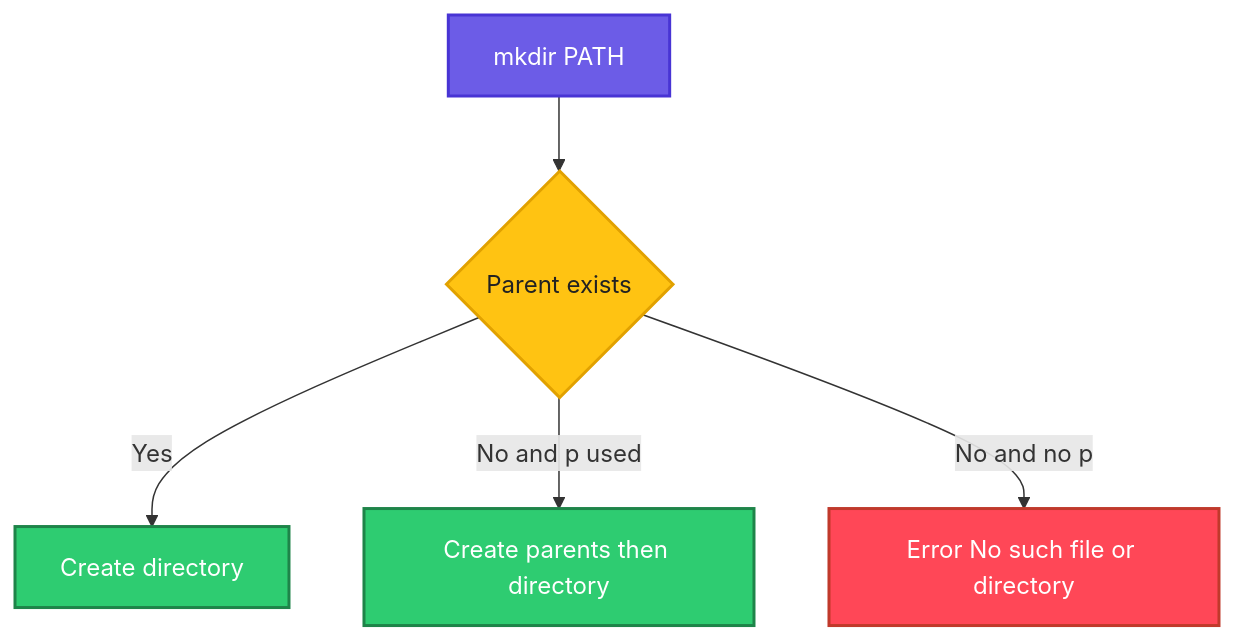
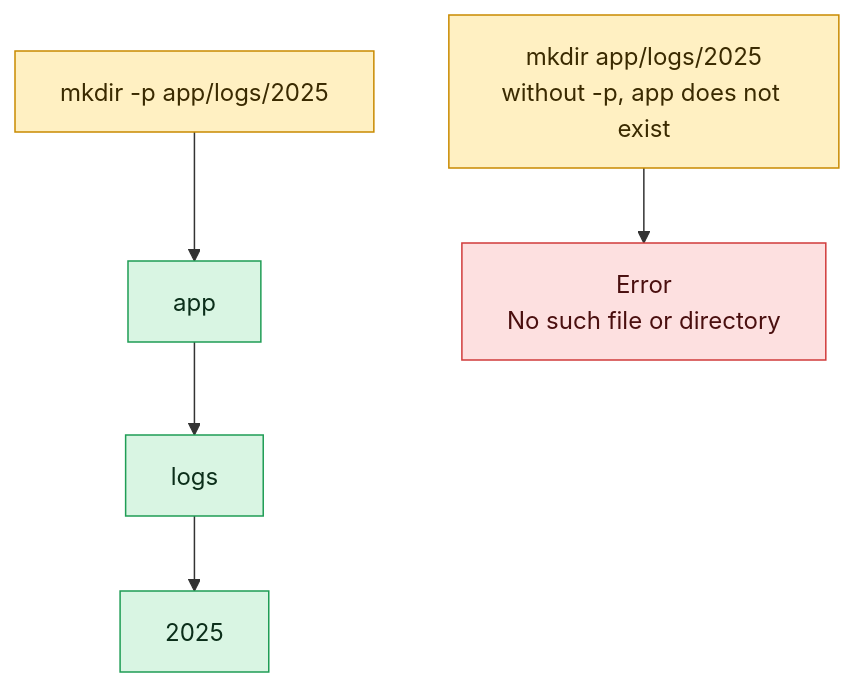
One commit to codeKerdosTech/DevOps-Documentation changed the diagram in linux/file-management/mkdir.md. Above: the diagram before and after it, drawn with Mermaid. The commit also changed other lines of this file and 165 other files, not shown here.

Commit message:
updated diagrams in linux

````diff
--- a/linux/file-management/mkdir.md
+++ b/linux/file-management/mkdir.md
@@ -14,18 +14,13 @@
 ```mermaid
 flowchart TD
-    A[mkdir PATH] --> B{Parent exists}
-    B -->|Yes| C[Create directory]
-    B -->|No and p used| D[Create parents then directory]
-    B -->|No and no p| E[Error No such file or directory]
-    classDef start fill:#6C5CE7,stroke:#4834D4,stroke-width:2px,color:#fff
-    classDef proc fill:#00B8D9,stroke:#0087A8,stroke-width:2px,color:#fff
-    classDef dec fill:#FFC312,stroke:#E1A100,stroke-width:2px,color:#222
-    classDef ok fill:#2ECC71,stroke:#1E8449,stroke-width:2px,color:#fff
-    classDef err fill:#FF4757,stroke:#C0392B,stroke-width:2px,color:#fff
-    classDef out fill:#FD79A8,stroke:#E84393,stroke-width:2px,color:#fff
-    classDef alt fill:#FF9F43,stroke:#E67E22,stroke-width:2px,color:#fff
-    class A start
-    class B dec
-    class C,D ok
-    class E err
+    c1[mkdir -p app/logs/2025] --> o1[app] --> o2[logs] --> o3[2025]
+    c2[mkdir app/logs/2025<br/>without -p, app does not exist] --> x1[Error<br/>No such file or directory]
+    classDef inp fill:#DCEBFF,stroke:#2F6FDE,color:#10213F
+    classDef cmd fill:#FFF0C2,stroke:#C98A00,color:#3A2A00
+    classDef out fill:#D9F5E3,stroke:#1F9D55,color:#0B2E1A
+    classDef bad fill:#FDE0E0,stroke:#D13B3B,color:#4A0F0F
+    classDef note fill:#ECEFF3,stroke:#7B8794,color:#1F2933
+    class c1,c2 cmd
+    class o1,o2,o3 out
+    class x1 bad
 ```
````
